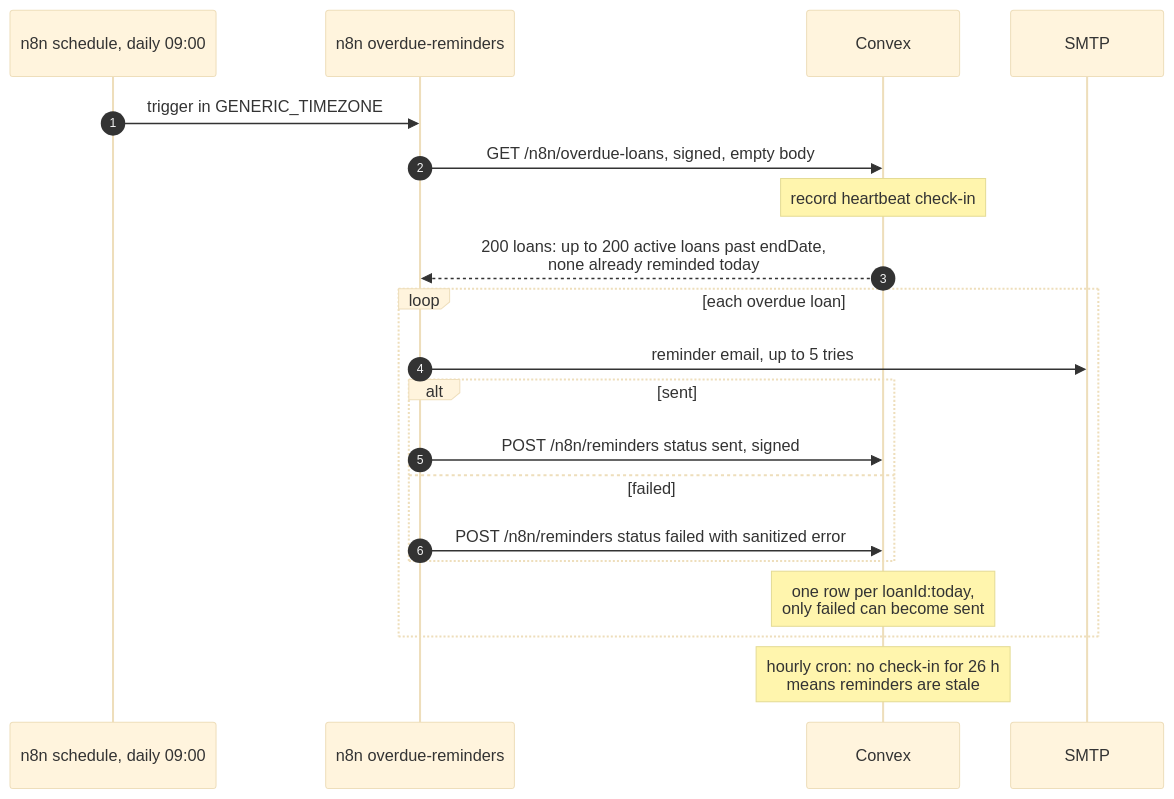
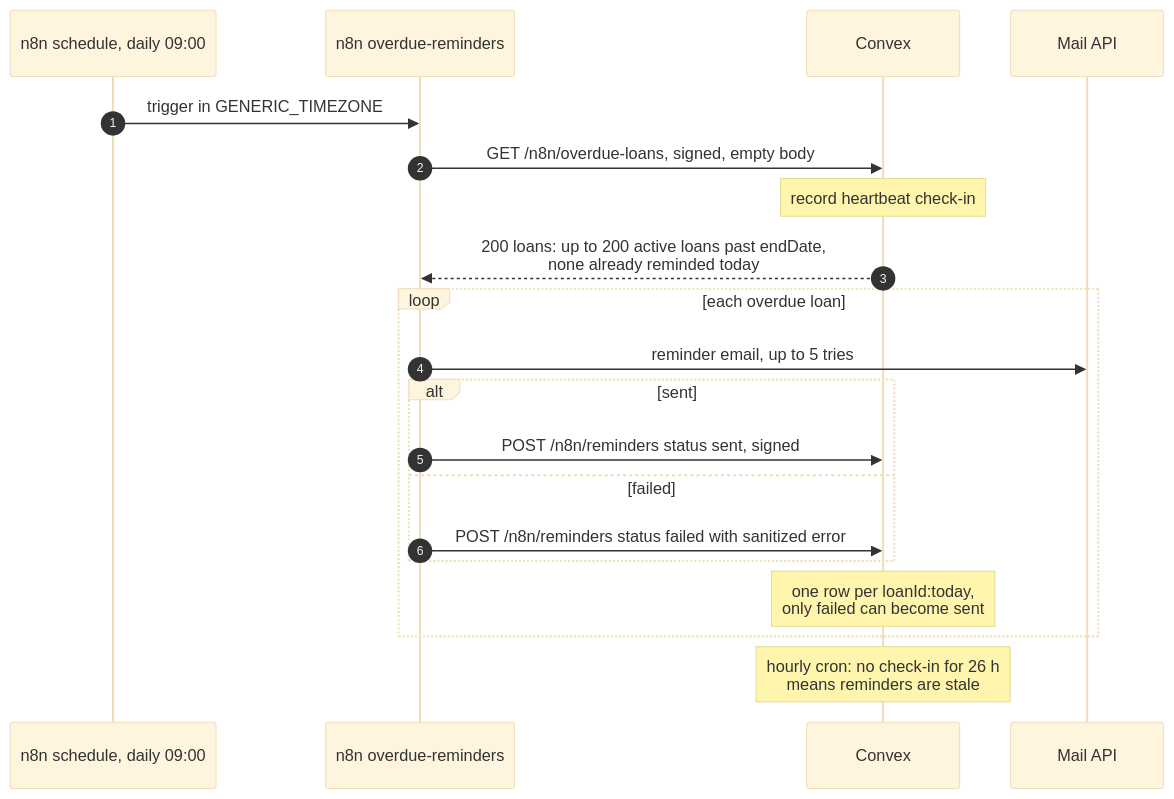
Before and after one commit to S-kkipie/lendloop: the fourth of 4 diagrams in docs/architecture.md, drawn with Mermaid (base theme). The commit also changed other lines of this file and 9 other files, not shown here.

````diff
--- a/docs/architecture.md
+++ b/docs/architecture.md
@@ -157,22 +157,22 @@
 ```mermaid
 sequenceDiagram
     autonumber
     participant S as n8n schedule, daily 09:00
     participant N as n8n overdue-reminders
     participant C as Convex
-    participant M as SMTP
+    participant M as Mail API
     S->>N: trigger in GENERIC_TIMEZONE
     N->>C: GET /n8n/overdue-loans, signed, empty body
     Note over C: record heartbeat check-in
     C-->>N: 200 loans: up to 200 active loans past endDate,<br/>none already reminded today
     loop each overdue loan
         N->>M: reminder email, up to 5 tries
         alt sent
             N->>C: POST /n8n/reminders status sent, signed
         else failed
             N->>C: POST /n8n/reminders status failed with sanitized error
         end
         Note over C: one row per loanId:today,<br/>only failed can become sent
     end
     Note over C: hourly cron: no check-in for 26 h<br/>means reminders are stale
 ```
````
